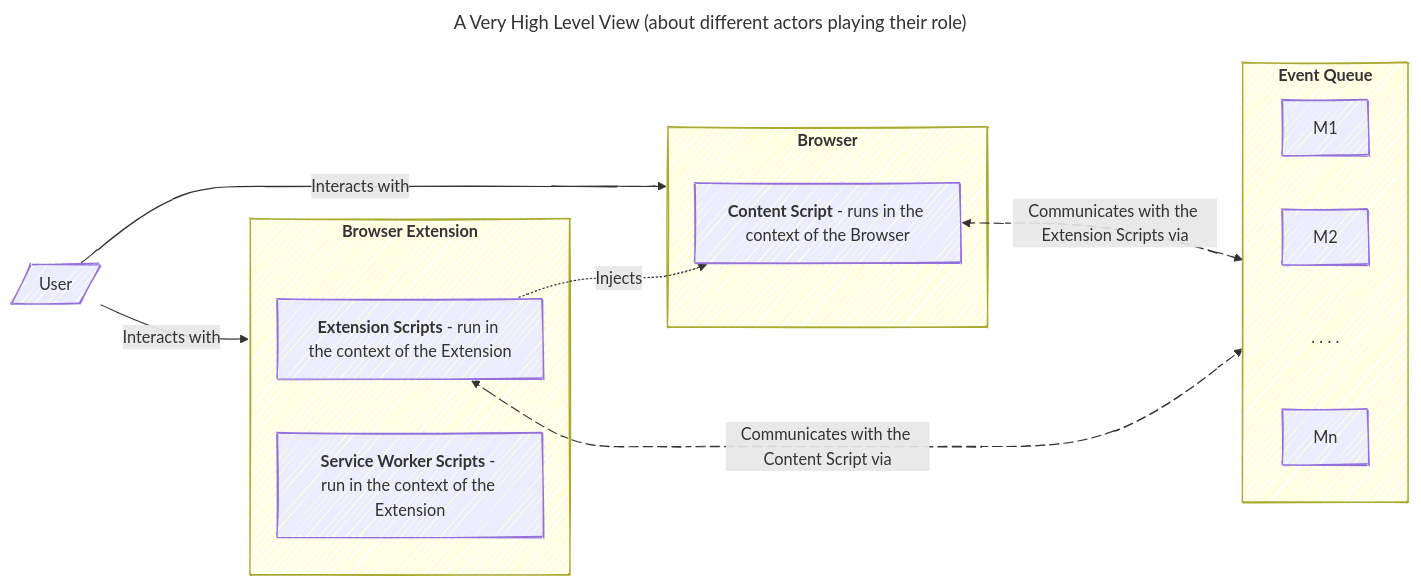
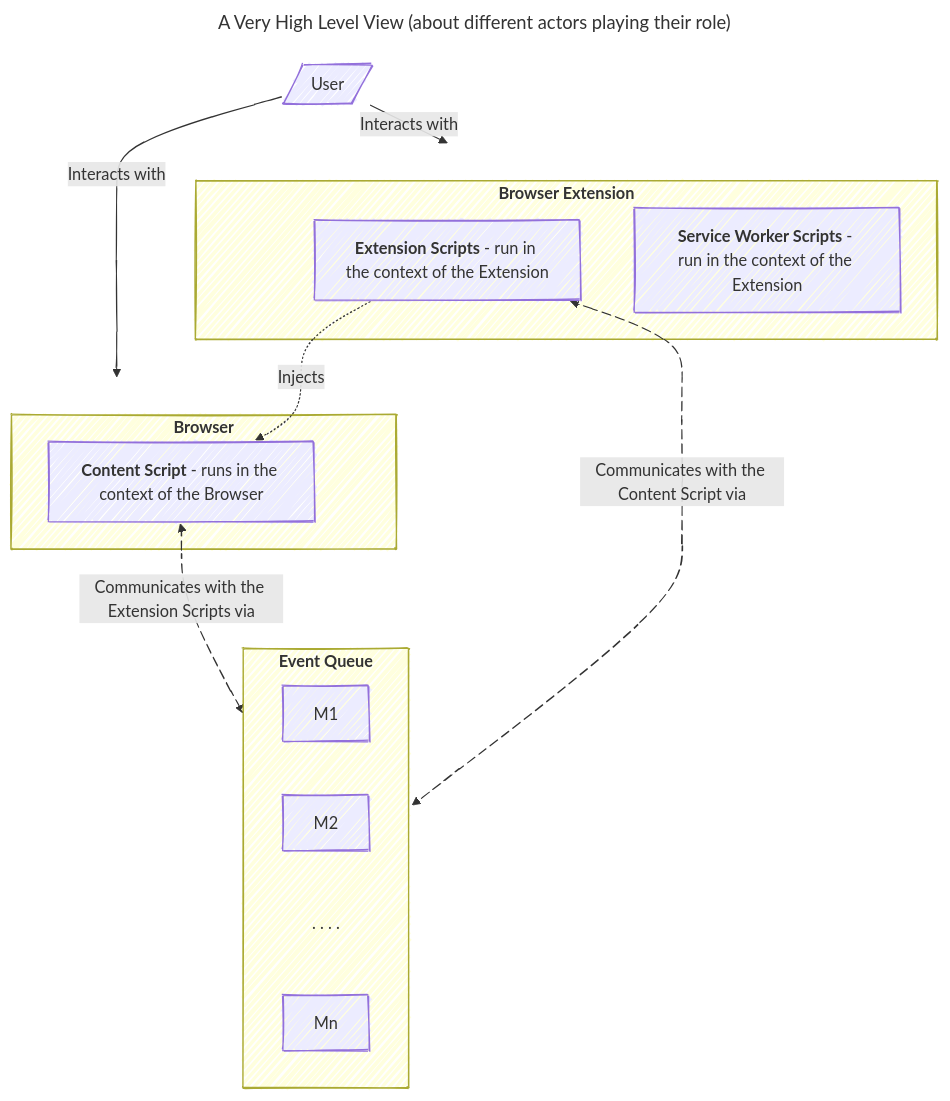
The first of 4 diagrams in README.md (SantoshKShettyApps/git-flow-2-forked), drawn with Mermaid before and after one commit.

````diff
--- a/README.md
+++ b/README.md
@@ -4,31 +4,30 @@
 ```mermaid
 ---
 title: A Very High Level View (about different actors playing their role)
 config:
   look: handDrawn
 ---
 %%{init: {"flowchart": {"diagramPadding": 150}}}%%
-graph LR
+graph TD
   subgraph B ["`**Browser**`"]
     CS["`**Content Script** - runs in the context of the Browser`"]
   end
   subgraph BE ["`**Browser Extension**`"]
     ES["`**Extension Scripts** - run in the context of the Extension`"]
     SW["`**Service Worker Scripts** - run in the context of the Extension`"]
   end
   subgraph MQ ["`**Event Queue**`"]
-    direction LR
     M1
     M2
     M@{ shape: text, label: ". . . ." }
     Mn
   end
 
   U[/User/] --> |Interacts with| B
   U --> |Interacts with| BE
   ES -.-> |Injects| CS
   CS e1@<--> |Communicates with the Extension Scripts via| MQ
   ES e2@<--> |Communicates with the Content Script via| MQ
   e1@{ animate: true }
   e2@{ animate: true }
 ```
````
